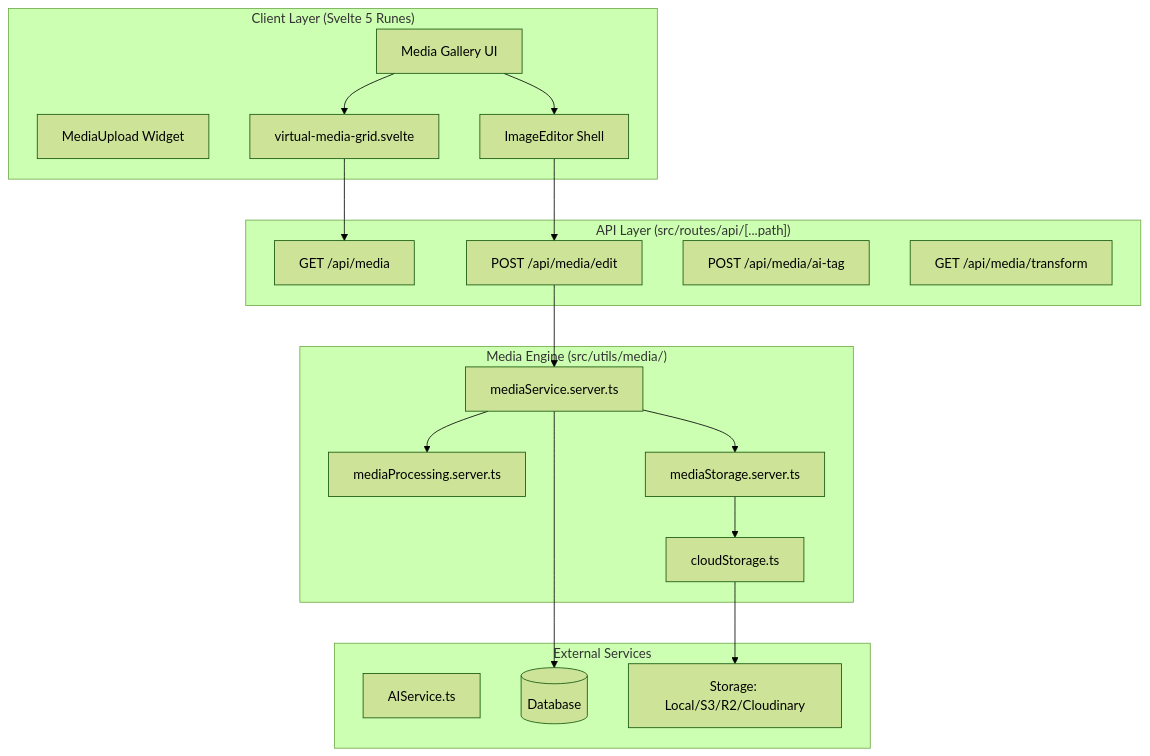
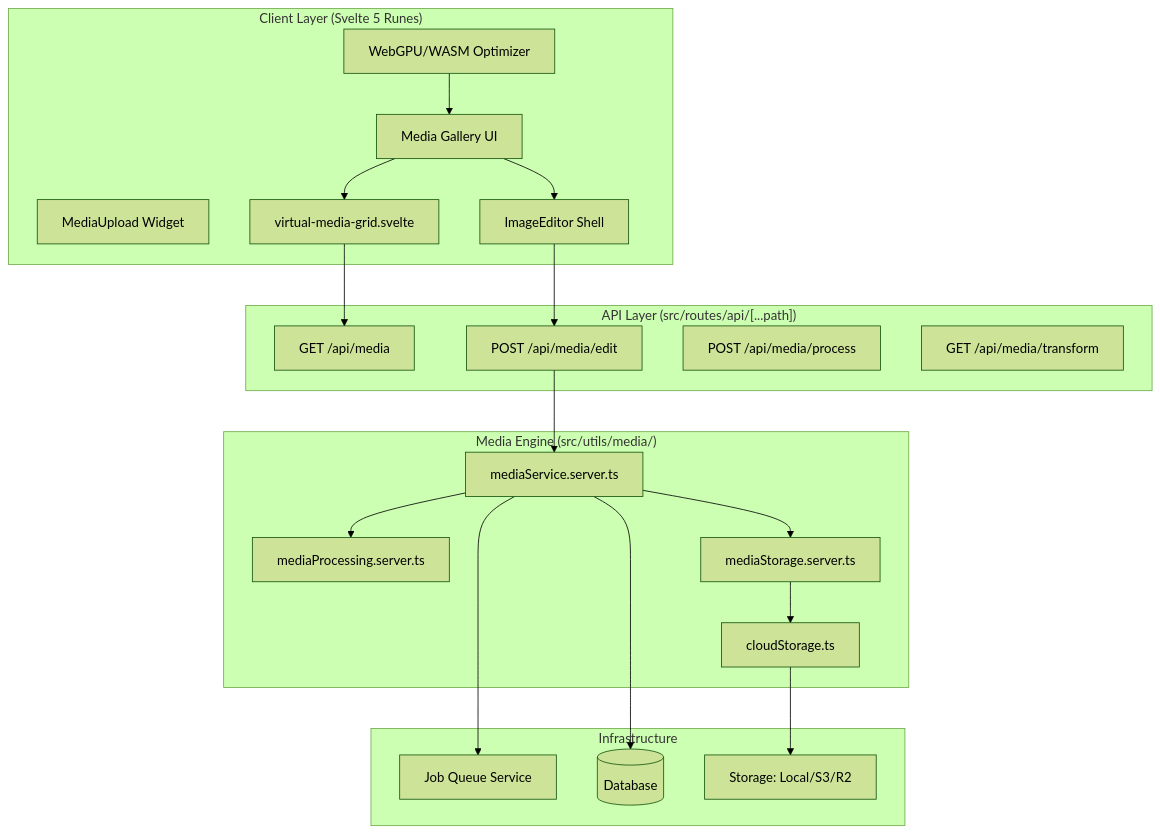
Before and after one commit to SveltyCMS/SveltyCMS: the diagram in docs/architecture/media-system.mdx, drawn with Mermaid (forest theme). The commit also changed other lines of this file and 57 other files, not shown here.

First line of the commit message:
docs: update feature documentation, roadmap, and benchmark reports

````diff
--- a/docs/architecture/media-system.mdx
+++ b/docs/architecture/media-system.mdx
@@ -28,40 +28,43 @@
 ```mermaid
 graph TB
     subgraph "Client Layer (Svelte 5 Runes)"
         UI[Media Gallery UI]
         UW[MediaUpload Widget]
         VGRID[virtual-media-grid.svelte]
         EDITOR[ImageEditor Shell]
+        WGPU[WebGPU/WASM Optimizer]
     end
 
     subgraph "API Layer (src/routes/api/[...path])"
         API1[GET /api/media]
         API2[POST /api/media/edit]
-        API3[POST /api/media/ai-tag]
+        API3[POST /api/media/process]
         API4[GET /api/media/transform]
     end
 
     subgraph "Media Engine (src/utils/media/)"
         MS[mediaService.server.ts]
         MPS[mediaProcessing.server.ts]
         MST[mediaStorage.server.ts]
         CS[cloudStorage.ts]
     end
 
-    subgraph "External Services"
-        AIS[AIService.ts]
+    subgraph "Infrastructure"
+        JOBS[Job Queue Service]
         DB[(Database)]
-        STORE[Storage: Local/S3/R2/Cloudinary]
+        STORE[Storage: Local/S3/R2]
     end
 
     UI --> VGRID
     VGRID --> API1
     UI --> EDITOR
+    WGPU --> UI
     EDITOR --> API2
     API2 --> MS
     MS --> MPS
     MS --> MST
     MST --> CS
+    MS --> JOBS
     MS --> DB
     CS --> STORE
 ```
````
